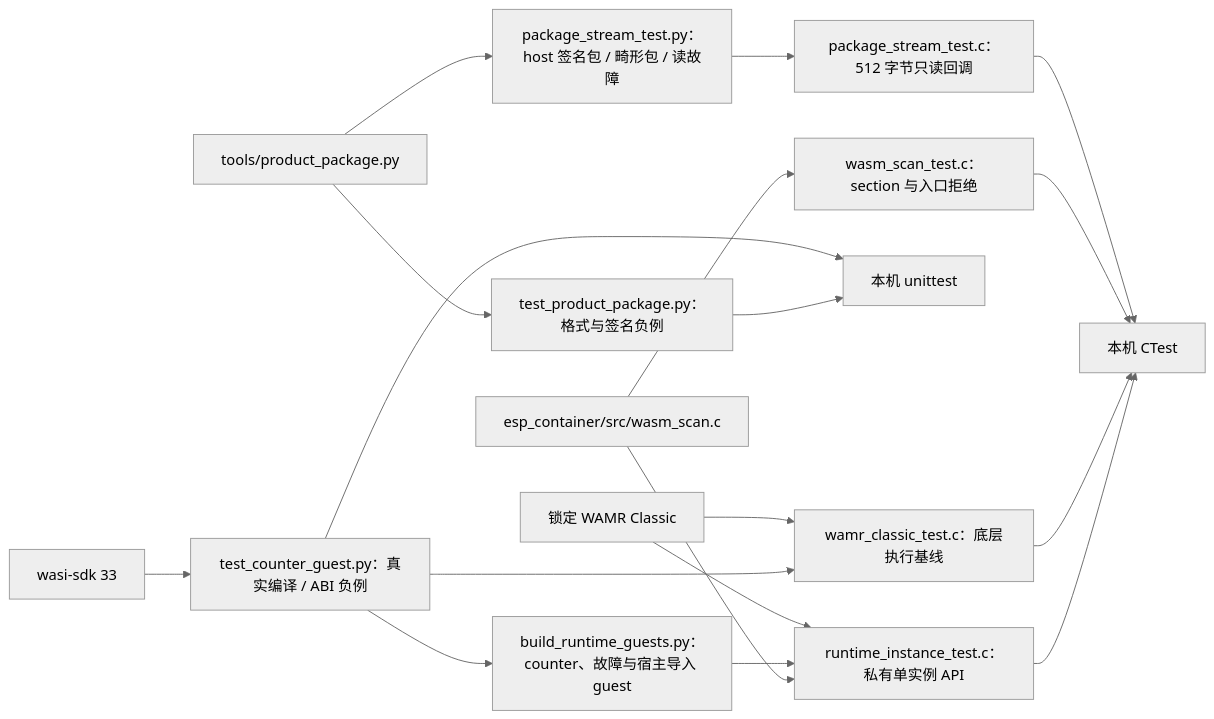
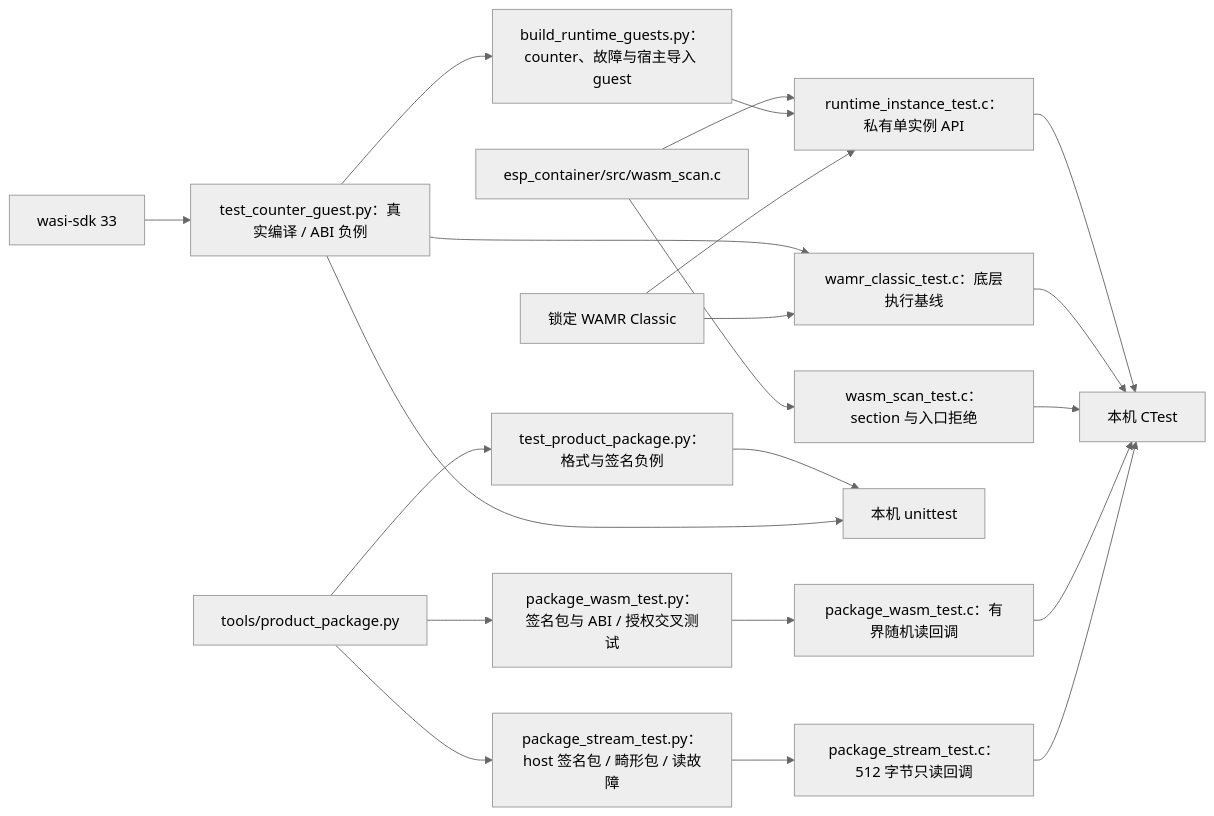
One commit to darren-you/esp-container changed the diagram in tests/README.md. Above: the diagram before and after it, drawn with Mermaid (neutral theme). The commit also changed other lines of this file and 13 other files, not shown here.

````diff
--- a/tests/README.md
+++ b/tests/README.md
@@ -5,20 +5,23 @@
 ```mermaid
 flowchart LR
     package["tools/product_package.py"] --> py["test_product_package.py：格式与签名负例"]
     package --> stream["package_stream_test.py：host 签名包 / 畸形包 / 读故障"]
     stream --> reader["package_stream_test.c：512 字节只读回调"]
+    package --> static["package_wasm_test.py：签名包与 ABI / 授权交叉测试"]
+    static --> static_reader["package_wasm_test.c：有界随机读回调"]
     reader --> ctest
+    static_reader --> ctest
     scanner["esp_container/src/wasm_scan.c"] --> c["wasm_scan_test.c：section 与入口拒绝"]
     wasi["wasi-sdk 33"] --> guest["test_counter_guest.py：真实编译 / ABI 负例"]
     guest --> host
     wamr["锁定 WAMR Classic"] --> baseline["wamr_classic_test.c：底层执行基线"]
     guest --> baseline
     guest --> fixtures["build_runtime_guests.py：counter、故障与宿主导入 guest"]
     wamr --> instance["runtime_instance_test.c：私有单实例 API"]
     fixtures --> instance
     scanner --> instance
     py --> host["本机 unittest"]
     c --> ctest["本机 CTest"]
     baseline --> ctest
     instance --> ctest
 ```
````
